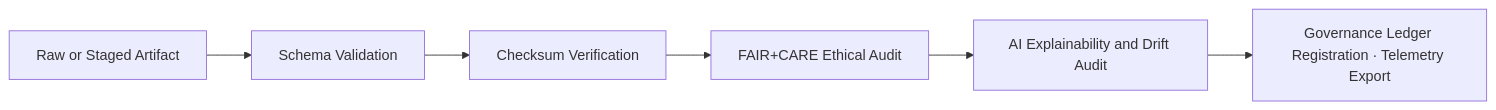
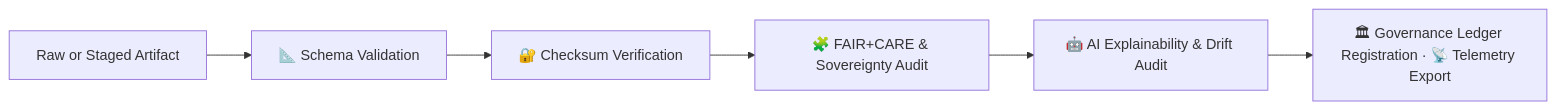
One commit to bartytime4life/Kansas-Frontier-Matrix changed the diagram in src/pipelines/validation/README.md. Above: the diagram before and after it, drawn with Mermaid. The commit also changed other lines of this file, not shown here.

````diff
--- a/src/pipelines/validation/README.md
+++ b/src/pipelines/validation/README.md
@@ -67,8 +99,8 @@
 ```mermaid
 flowchart LR
-    A["Raw or Staged Artifact"] --> B["Schema Validation"]
-    B --> C["Checksum Verification"]
-    C --> D["FAIR+CARE Ethical Audit"]
-    D --> E["AI Explainability and Drift Audit"]
-    E --> F["Governance Ledger Registration · Telemetry Export"]
+    A["Raw or Staged Artifact"] --> B["📐 Schema Validation"]
+    B --> C["🔐 Checksum Verification"]
+    C --> D["🧩 FAIR+CARE & Sovereignty Audit"]
+    D --> E["🤖 AI Explainability & Drift Audit"]
+    E --> F["🏛 Governance Ledger Registration · 📡 Telemetry Export"]
 ```
````
